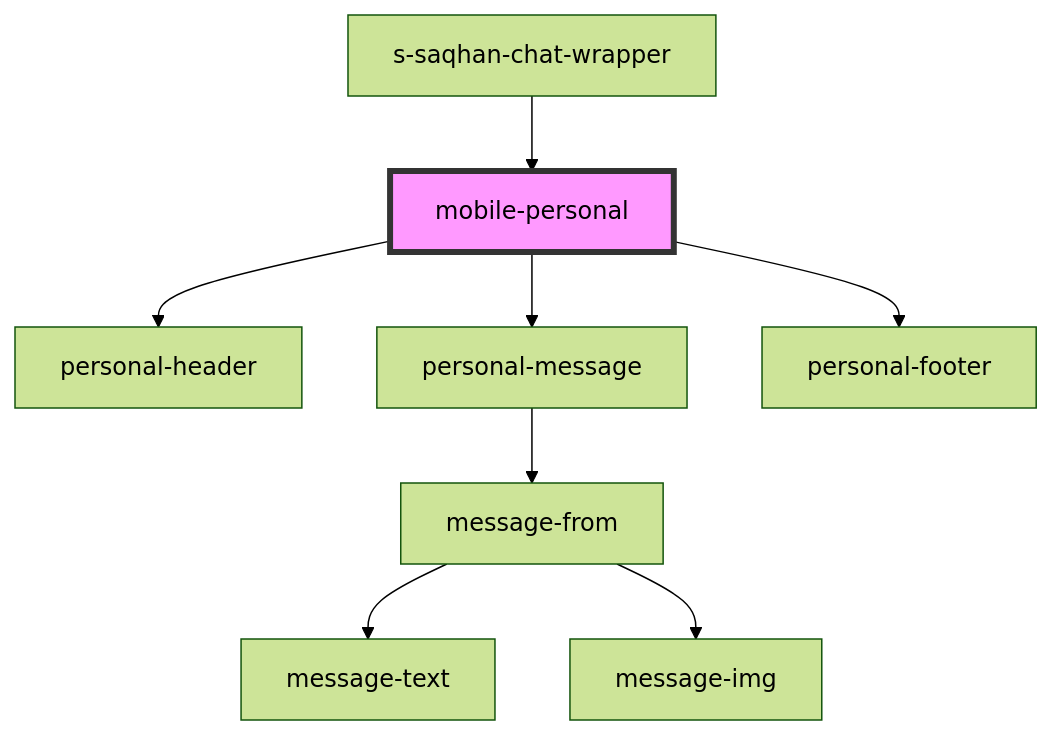
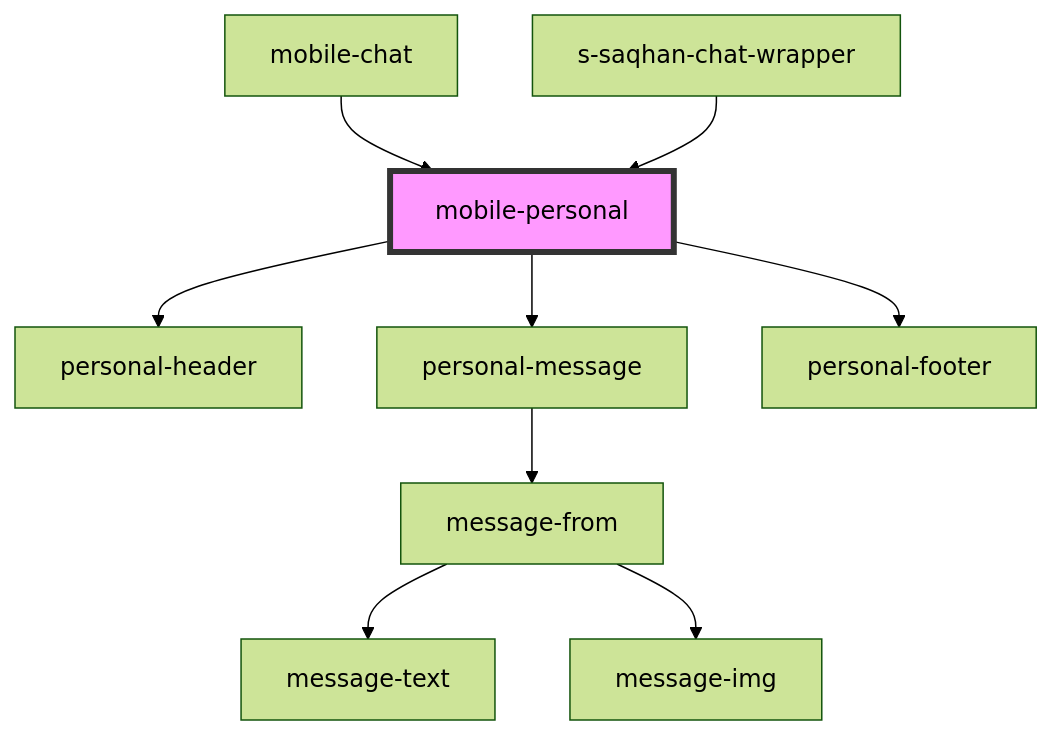
The diagram in src/components/mobile/mobile-chat/res/view/mobile-personal/readme.md (saqhan/stencil-chat), drawn with Mermaid (forest theme) before and after one commit. The commit also changed other lines of this file and 9 other files, not shown here.

````diff
--- a/src/components/mobile/mobile-chat/res/view/mobile-personal/readme.md
+++ b/src/components/mobile/mobile-chat/res/view/mobile-personal/readme.md
@@ -35,11 +36,12 @@
 ```mermaid
 graph TD;
   mobile-personal --> personal-header
   mobile-personal --> personal-message
   mobile-personal --> personal-footer
   personal-message --> message-from
   message-from --> message-text
   message-from --> message-img
+  mobile-chat --> mobile-personal
   s-saqhan-chat-wrapper --> mobile-personal
   style mobile-personal fill:#f9f,stroke:#333,stroke-width:4px
 ```
````
